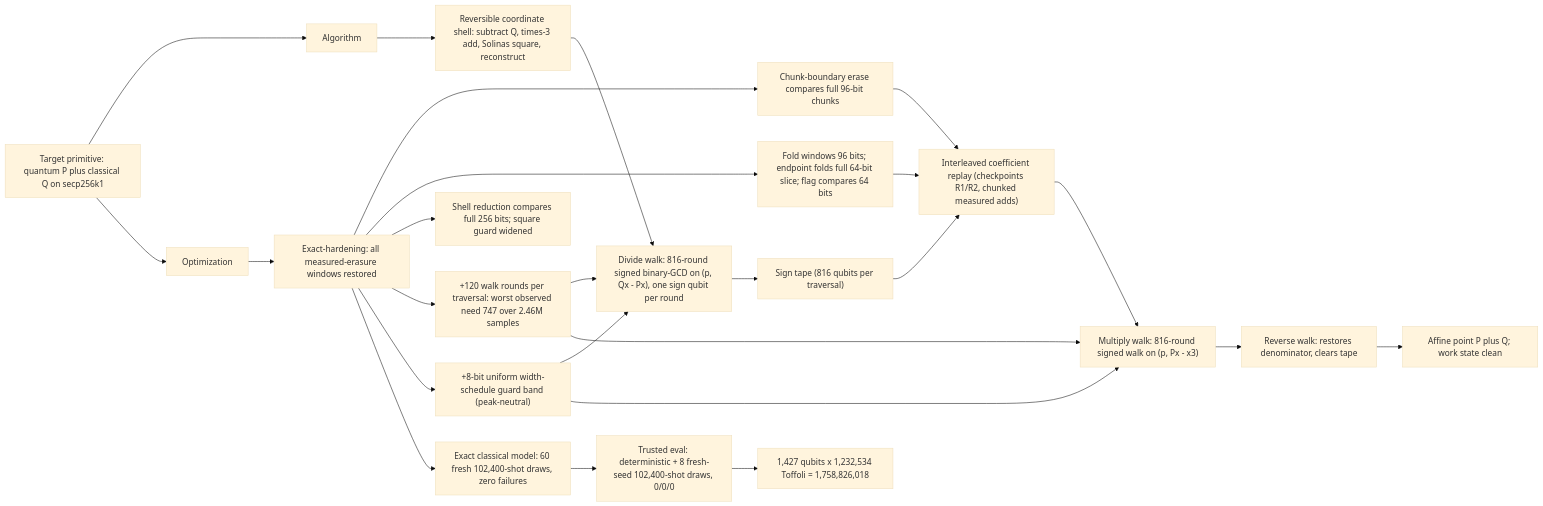
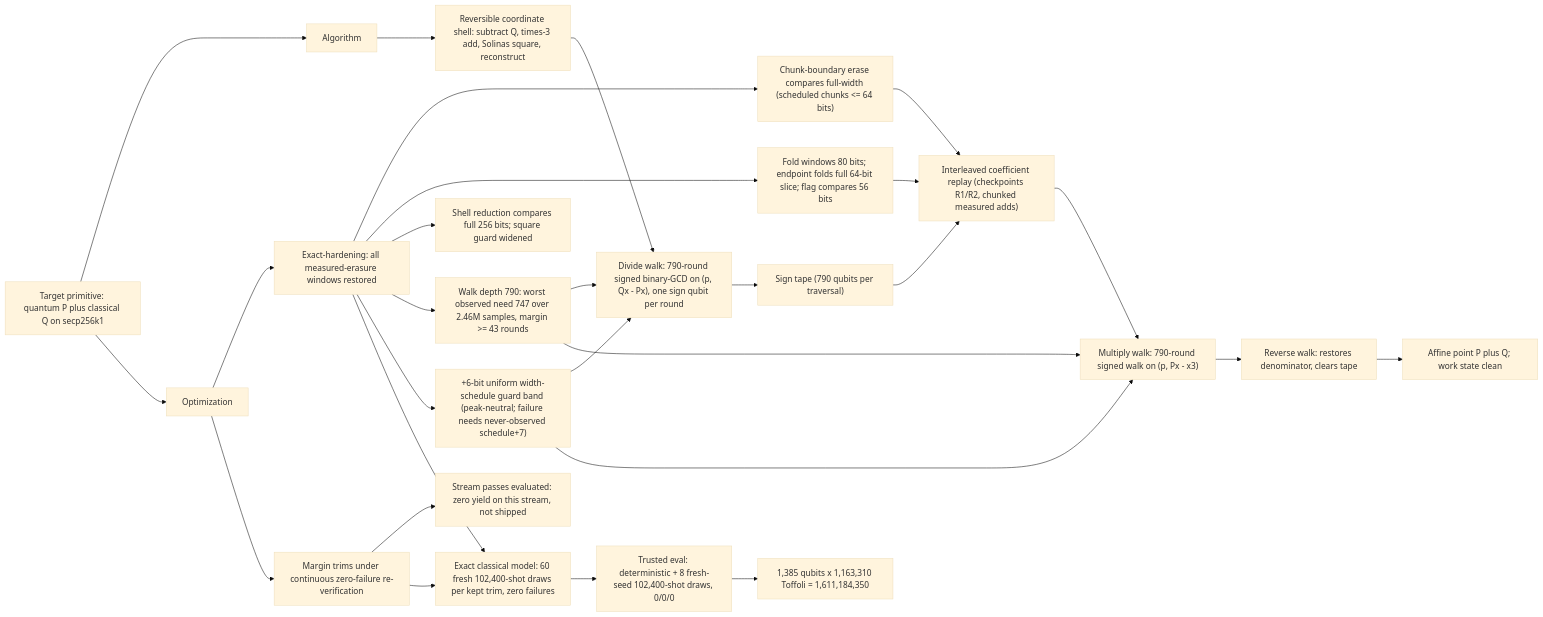
Before and after one commit to ecdlp-contest/ecdlp-point-add: the diagram in src/point_add/architecture.mmd, drawn with Mermaid (base theme). The commit also changed 2 other files, not shown here.

```diff
--- a/src/point_add/architecture.mmd
+++ b/src/point_add/architecture.mmd
@@ -1,45 +1,50 @@
 flowchart LR
     ROOT["Target primitive: quantum P plus classical Q on secp256k1"]
     ALG["Algorithm"]
     OPT["Optimization"]
     SHELL["Reversible coordinate shell: subtract Q, times-3 add, Solinas square, reconstruct"]
-    DWALK["Divide walk: 816-round signed binary-GCD on (p, Qx - Px), one sign qubit per round"]
-    MWALK["Multiply walk: 816-round signed walk on (p, Px - x3)"]
-    TAPE["Sign tape (816 qubits per traversal)"]
+    DWALK["Divide walk: 790-round signed binary-GCD on (p, Qx - Px), one sign qubit per round"]
+    MWALK["Multiply walk: 790-round signed walk on (p, Px - x3)"]
+    TAPE["Sign tape (790 qubits per traversal)"]
     REPLAY["Interleaved coefficient replay (checkpoints R1/R2, chunked measured adds)"]
     WBACK["Reverse walk: restores denominator, clears tape"]
     OUT["Affine point P plus Q; work state clean"]
     HARD["Exact-hardening: all measured-erasure windows restored"]
-    W1["Chunk-boundary erase compares full 96-bit chunks"]
-    W2["Fold windows 96 bits; endpoint folds full 64-bit slice; flag compares 64 bits"]
+    W1["Chunk-boundary erase compares full-width (scheduled chunks <= 64 bits)"]
+    W2["Fold windows 80 bits; endpoint folds full 64-bit slice; flag compares 56 bits"]
     W3["Shell reduction compares full 256 bits; square guard widened"]
-    DEPTH["+120 walk rounds per traversal: worst observed need 747 over 2.46M samples"]
-    BIAS["+8-bit uniform width-schedule guard band (peak-neutral)"]
-    MODEL["Exact classical model: 60 fresh 102,400-shot draws, zero failures"]
+    DEPTH["Walk depth 790: worst observed need 747 over 2.46M samples, margin >= 43 rounds"]
+    BIAS["+6-bit uniform width-schedule guard band (peak-neutral; failure needs never-observed schedule+7)"]
+    TRIM["Margin trims under continuous zero-failure re-verification"]
+    PASS["Stream passes evaluated: zero yield on this stream, not shipped"]
+    MODEL["Exact classical model: 60 fresh 102,400-shot draws per kept trim, zero failures"]
     EVAL["Trusted eval: deterministic + 8 fresh-seed 102,400-shot draws, 0/0/0"]
-    METRICS["1,427 qubits x 1,232,534 Toffoli = 1,758,826,018"]
+    METRICS["1,385 qubits x 1,163,310 Toffoli = 1,611,184,350"]
 
     ROOT --> ALG
     ROOT --> OPT
     ALG --> SHELL
     SHELL --> DWALK
     DWALK --> TAPE
     TAPE --> REPLAY
     REPLAY --> MWALK
     MWALK --> WBACK
     WBACK --> OUT
     OPT --> HARD
     HARD --> W1
     HARD --> W2
     HARD --> W3
     HARD --> DEPTH
     HARD --> BIAS
+    OPT --> TRIM
+    TRIM --> PASS
     DEPTH --> DWALK
     DEPTH --> MWALK
     BIAS --> DWALK
     BIAS --> MWALK
     W1 --> REPLAY
     W2 --> REPLAY
     HARD --> MODEL
+    TRIM --> MODEL
     MODEL --> EVAL
     EVAL --> METRICS
```
